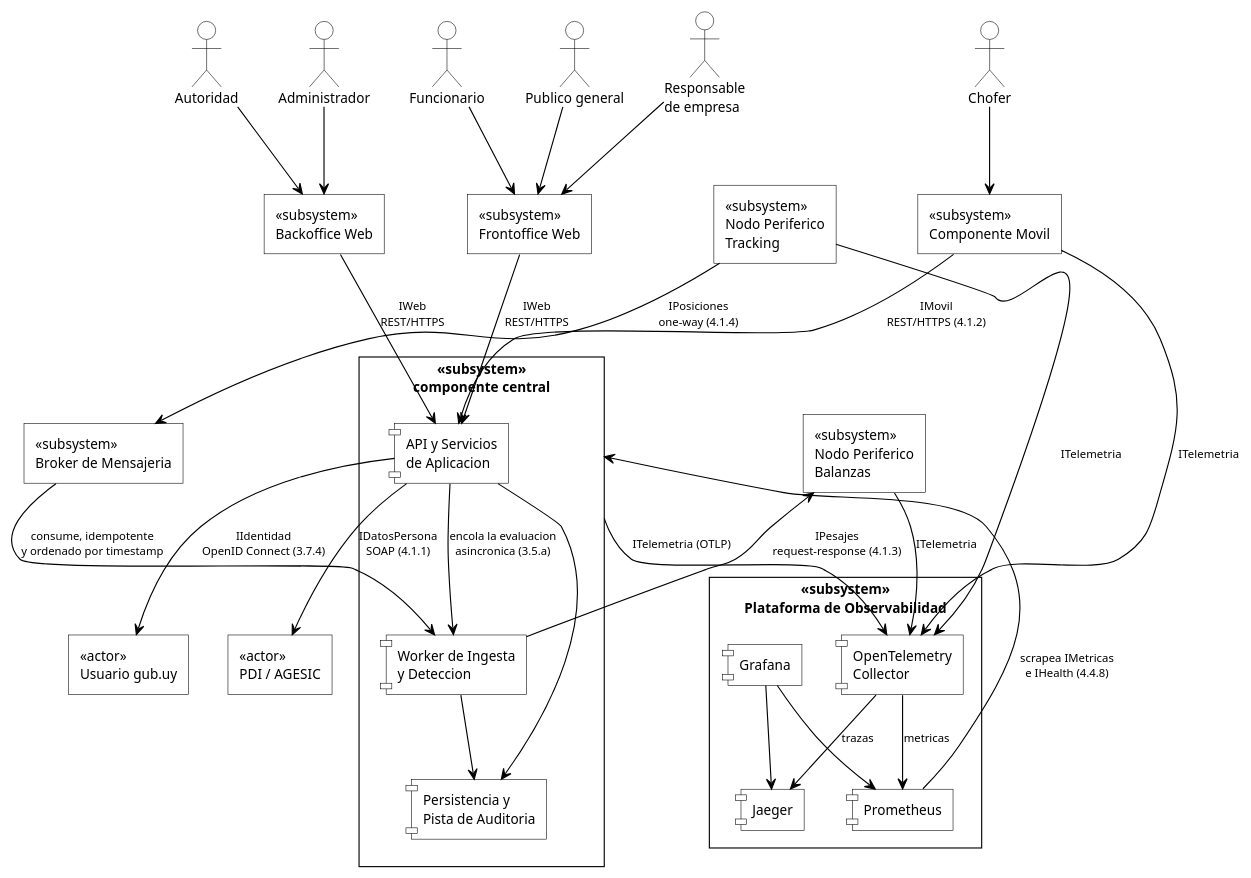
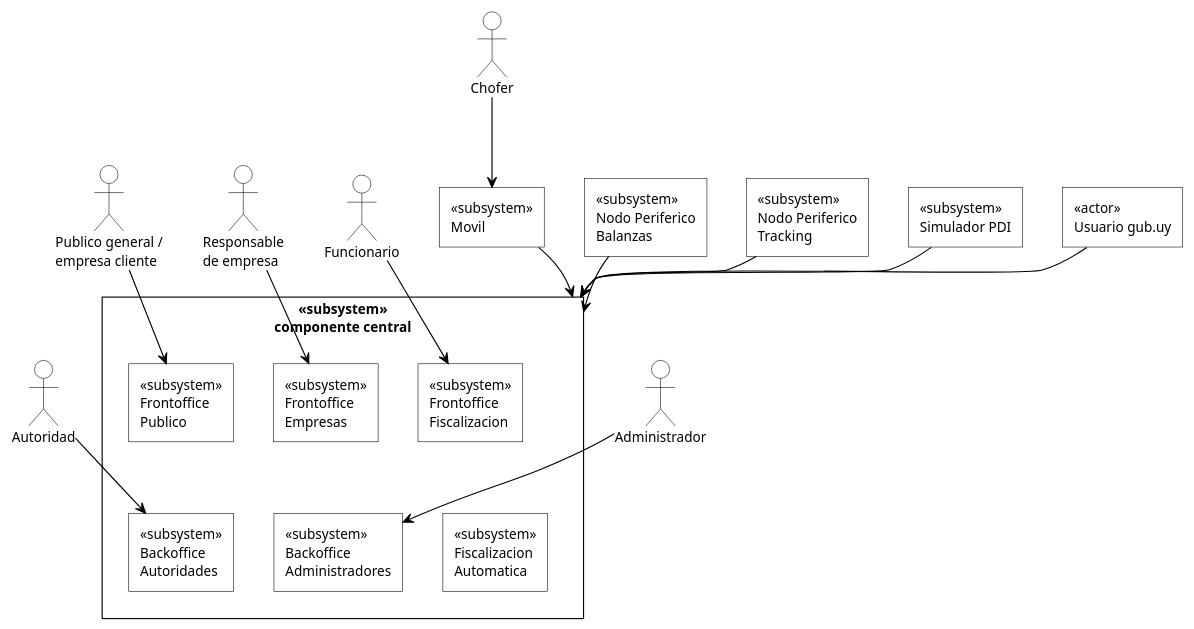
One commit to LucasLazogue/use-cases changed the diagram in vista-logica.puml. Above: the diagram before and after it, drawn with PlantUML. The commit also changed 2 other files, not shown here.

Commit message:
Rehace la vista logica siguiendo la Figura 4 de la plantilla
La version anterior estaba mal en cuatro cosas:

- Descomponia el componente central por capa tecnica (API, worker,
  persistencia) en lugar de por subsistema funcional. La Figura 4 del
  template contiene los frontoffices y backoffices, que ademas son los
  que la letra define en 3.1-3.6.
- Etiquetaba cada dependencia con su protocolo. Como se comunican los
  componentes es 4.1 y la vista de distribucion, no la vista logica.
- Dibujaba comunicacion entre las cajas internas del central, que es
  nivel de refinamiento, no de vista general.
- Incluia la plataforma de observabilidad como <<subsystem>> pero no el
  broker ni la persistencia. Ninguna infraestructura va en 6.1.

Se agrega el Simulador PDI como subsistema propio: 3.7.1 pide implementar
servicios que suplanten a los de la PDI.

```diff
--- a/vista-logica.puml
+++ b/vista-logica.puml
@@ -1,109 +1,83 @@
 @startuml vista-logica
 ' ---------------------------------------------------------------------------
 ' carga.uy - Vista Logica, Arquitectura General del Sistema
 ' Laboratorio TSE 2026 - SAD seccion 6.1 (Figura 4)
 '
-' Estilo alineado con las figuras de la plantilla (sad_tse_2025.pdf):
-' blanco y negro, contenedores <<subsystem>>, componentes con el icono
-' clasico UML, actores alrededor de la frontera y flechas solidas.
+' Sigue la Figura 4 de la plantilla (sad_tse_2025.pdf):
+'   - el componente central contiene los subsistemas funcionales
+'   - los actores y los subsistemas externos apuntan HACIA el central
+'   - sin etiquetas de protocolo: como se comunican es 4.1 y la vista de
+'     distribucion, no esta vista
+'   - sin comunicacion dibujada entre las cajas internas: eso es 6.2-6.4
+'
+' El broker, la persistencia y la plataforma de observabilidad no aparecen
+' aca: son infraestructura, y van en los refinamientos y en la seccion 7.
 ' ---------------------------------------------------------------------------
 
-skinparam componentStyle uml1
 skinparam backgroundColor #FFFFFF
 skinparam shadowing false
 skinparam defaultFontName "Segoe UI"
 skinparam defaultFontSize 12
 skinparam roundcorner 0
 skinparam ArrowColor #000000
 skinparam ArrowFontColor #000000
-skinparam ArrowFontSize 10
-
-skinparam component {
+skinparam rectangle {
   BackgroundColor #FFFFFF
   BorderColor #000000
   FontColor #000000
 }
 skinparam actor {
   BackgroundColor #FFFFFF
   BorderColor #000000
   FontColor #000000
 }
-skinparam rectangle {
-  BackgroundColor #FFFFFF
-  BorderColor #000000
-  FontColor #000000
-}
 
 ' =========================== actores ===========================
+actor "Publico general /\nempresa cliente" as PUB
 actor "Responsable\nde empresa" as RESP
 actor "Chofer" as CHOF
 actor "Funcionario" as FUNC
 actor "Autoridad" as AUT
 actor "Administrador" as ADM
-actor "Publico general" as PUB
 
-' =========================== clientes ===========================
-rectangle "<<subsystem>>\nFrontoffice Web" as FO
-rectangle "<<subsystem>>\nBackoffice Web" as BO
-rectangle "<<subsystem>>\nComponente Movil" as MOV
+' =========================== componente movil ===========================
+rectangle "<<subsystem>>\nMovil" as MOV
 
 ' =========================== componente central ===========================
 rectangle "<<subsystem>>\ncomponente central" as CENTRAL {
-  component "API y Servicios\nde Aplicacion" as API
-  component "Worker de Ingesta\ny Deteccion" as WORKER
-  component "Persistencia y\nPista de Auditoria" as PERS
+  rectangle "<<subsystem>>\nFrontoffice\nPublico" as FOPUB
+  rectangle "<<subsystem>>\nFrontoffice\nEmpresas" as FOEMP
+  rectangle "<<subsystem>>\nFrontoffice\nFiscalizacion" as FOFIS
+  rectangle "<<subsystem>>\nBackoffice\nAutoridades" as BOAUT
+  rectangle "<<subsystem>>\nBackoffice\nAdministradores" as BOADM
+  rectangle "<<subsystem>>\nFiscalizacion\nAutomatica" as FISCA
 }
 
-' =========================== nodos perifericos ===========================
+' =========================== subsistemas externos ===========================
 rectangle "<<subsystem>>\nNodo Periferico\nBalanzas" as NBAL
 rectangle "<<subsystem>>\nNodo Periferico\nTracking" as NTRK
-rectangle "<<subsystem>>\nBroker de Mensajeria" as BROKER
+rectangle "<<subsystem>>\nSimulador PDI" as SPDI
+rectangle "<<actor>>\nUsuario gub.uy" as GUB
 
-' =========================== sistemas externos ===========================
-rectangle "<<actor>>\nUsuario gub.uy" as GUB
-rectangle "<<actor>>\nPDI / AGESIC" as PDI
+' grilla 3x2 dentro del central, como en la Figura 4
+FOPUB -[hidden]right- FOEMP
+FOEMP -[hidden]right- FOFIS
+FOPUB -[hidden]down- BOAUT
+BOAUT -[hidden]right- BOADM
+BOADM -[hidden]right- FISCA
 
-' =========================== observabilidad ===========================
-rectangle "<<subsystem>>\nPlataforma de Observabilidad" as OBS {
-  component "OpenTelemetry\nCollector" as OTEL
-  component "Prometheus" as PROM
-  component "Jaeger" as JAEGER
-  component "Grafana" as GRAF
-}
-
-' =========================== actores a sus canales ===========================
-RESP --> FO
-FUNC --> FO
-PUB --> FO
-AUT --> BO
-ADM --> BO
+' =========================== asociaciones ===========================
+PUB --> FOPUB
+RESP --> FOEMP
+FUNC --> FOFIS
+AUT --> BOAUT
+ADM --> BOADM
 CHOF --> MOV
 
-' =========================== dependencias ===========================
-FO --> API : IWeb\nREST/HTTPS
-BO --> API : IWeb\nREST/HTTPS
-MOV --> API : IMovil\nREST/HTTPS (4.1.2)
-
-API --> GUB : IIdentidad\nOpenID Connect (3.7.4)
-API --> PDI : IDatosPersona\nSOAP (4.1.1)
-WORKER --> NBAL : IPesajes\nrequest-response (4.1.3)
-
-NTRK --> BROKER : IPosiciones\none-way (4.1.4)
-BROKER --> WORKER : consume, idempotente\ny ordenado por timestamp
-
-API --> PERS
-WORKER --> PERS
-API --> WORKER : encola la evaluacion\nasincronica (3.5.a)
-
-' =========================== observabilidad ===========================
-CENTRAL --> OTEL : ITelemetria (OTLP)
-MOV --> OTEL : ITelemetria
-NBAL --> OTEL : ITelemetria
-NTRK --> OTEL : ITelemetria
-OTEL --> JAEGER : trazas
-OTEL --> PROM : metricas
-PROM --> CENTRAL : scrapea IMetricas\ne IHealth (4.4.8)
-GRAF --> PROM
-GRAF --> JAEGER
+MOV --> CENTRAL
+NBAL --> CENTRAL
+NTRK --> CENTRAL
+SPDI --> CENTRAL
+GUB --> CENTRAL
 
 @enduml
```
